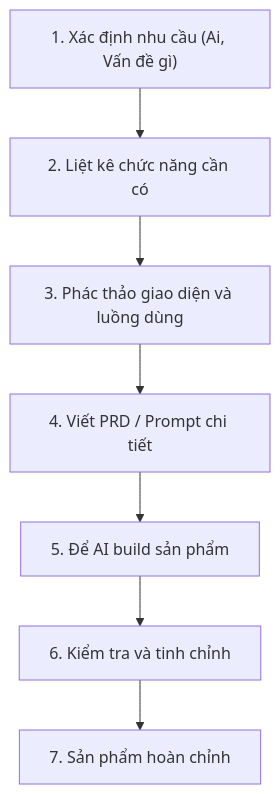
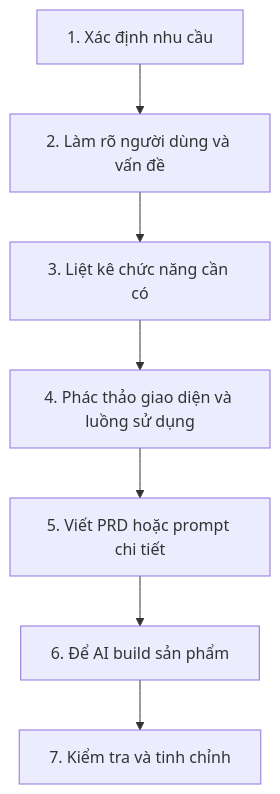
One commit to AlanKhan145/course-knowledge-base changed the first of 2 diagrams in khoa-hoc-vibe-coding-co-ban/Module 03 - Tu No-Code Den Vibe Coding/06-tu-y-tuong-den-san-pham.md. Above: the diagram before and after it, drawn with Mermaid. The commit also changed other lines of this file and 19 other files, not shown here.

````diff
--- a/khoa-hoc-vibe-coding-co-ban/Module 03 - Tu No-Code Den Vibe Coding/06-tu-y-tuong-den-san-pham.md
+++ b/khoa-hoc-vibe-coding-co-ban/Module 03 - Tu No-Code Den Vibe Coding/06-tu-y-tuong-den-san-pham.md
@@ -46,9 +97,9 @@
 ```mermaid
 flowchart TD
-    A["1. Xác định nhu cầu (Ai, Vấn đề gì)"] --> B["2. Liệt kê chức năng cần có"]
-    B --> C["3. Phác thảo giao diện và luồng dùng"]
-    C --> D["4. Viết PRD / Prompt chi tiết"]
-    D --> E["5. Để AI build sản phẩm"]
-    E --> F["6. Kiểm tra và tinh chỉnh"]
-    F --> G["7. Sản phẩm hoàn chỉnh"]
+    A["1. Xác định nhu cầu"] --> B["2. Làm rõ người dùng và vấn đề"]
+    B --> C["3. Liệt kê chức năng cần có"]
+    C --> D["4. Phác thảo giao diện và luồng sử dụng"]
+    D --> E["5. Viết PRD hoặc prompt chi tiết"]
+    E --> F["6. Để AI build sản phẩm"]
+    F --> G["7. Kiểm tra và tinh chỉnh"]
 ```
````
